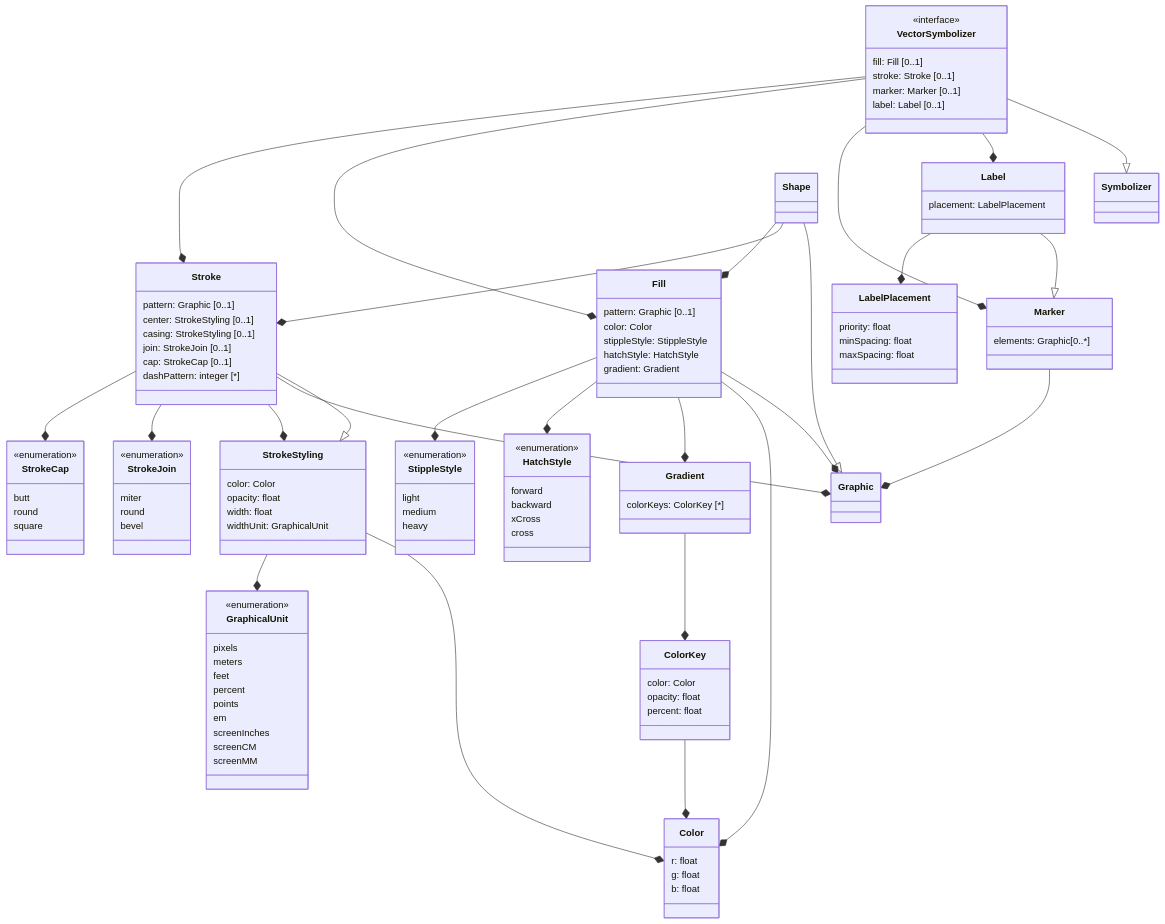
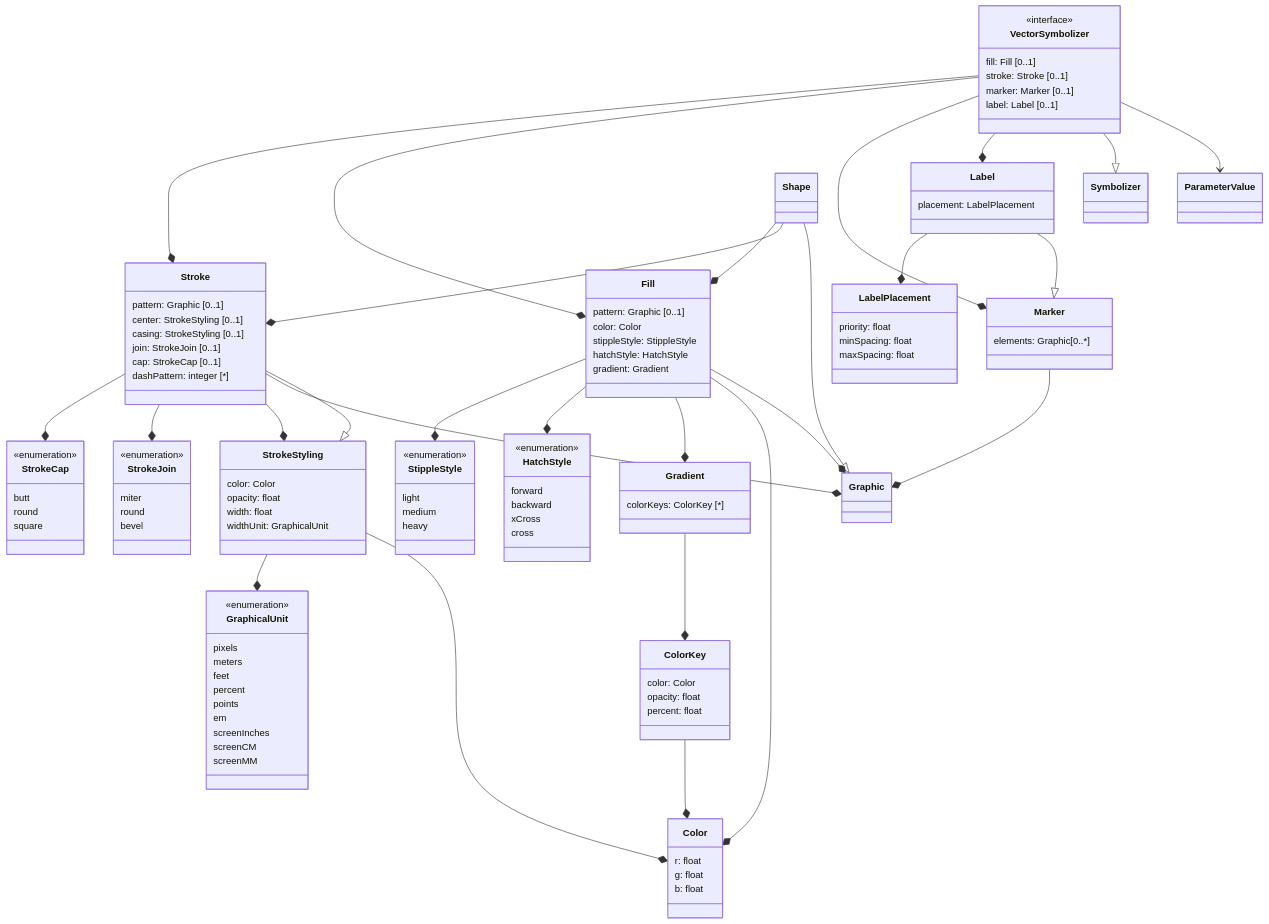
Before and after one commit to opengeospatial/styles-and-symbology: the diagram in core/UML/mermaid/vector_features_symbolizer.md, drawn with Mermaid. The commit also changed 2 other files, not shown here.

Commit message:
UML: Added initial CoverageSymbolizer

```diff
--- a/core/UML/mermaid/vector_features_symbolizer.md
+++ b/core/UML/mermaid/vector_features_symbolizer.md
@@ -99,6 +99,7 @@
     class Shape
   %% Relations
   %% Association
+    VectorSymbolizer --> ParameterValue
   %% Inheritance
     Stroke --|> StrokeStyling
     VectorSymbolizer --|> Symbolizer
```
